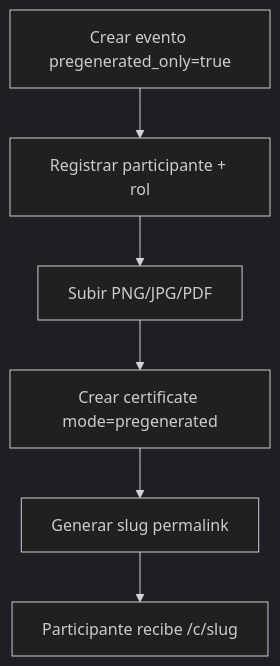
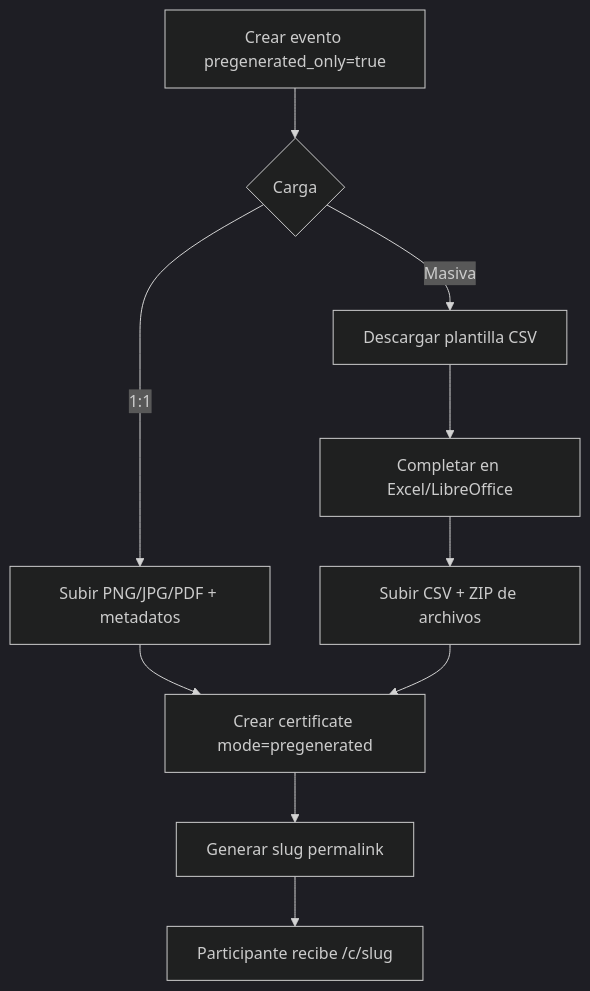
One commit to OSMLatam/certificados changed the sixth of 9 diagrams in docs/04-flujos-funcionales.md. Above: the diagram before and after it, drawn with Mermaid (dark theme). The commit also changed other lines of this file and 13 other files, not shown here.

````diff
--- a/docs/04-flujos-funcionales.md
+++ b/docs/04-flujos-funcionales.md
@@ -192,8 +192,12 @@
 ```mermaid
 flowchart TD
-    A[Crear evento pregenerated_only=true] --> B[Registrar participante + rol]
-    B --> C[Subir PNG/JPG/PDF]
-    C --> D[Crear certificate mode=pregenerated]
-    D --> E[Generar slug permalink]
-    E --> F[Participante recibe /c/slug]
+    A[Crear evento pregenerated_only=true] --> B{Carga}
+    B -->|1:1| C[Subir PNG/JPG/PDF + metadatos]
+    B -->|Masiva| D[Descargar plantilla CSV]
+    D --> E[Completar en Excel/LibreOffice]
+    E --> F[Subir CSV + ZIP de archivos]
+    C --> G[Crear certificate mode=pregenerated]
+    F --> G
+    G --> H[Generar slug permalink]
+    H --> I[Participante recibe /c/slug]
 ```
````
